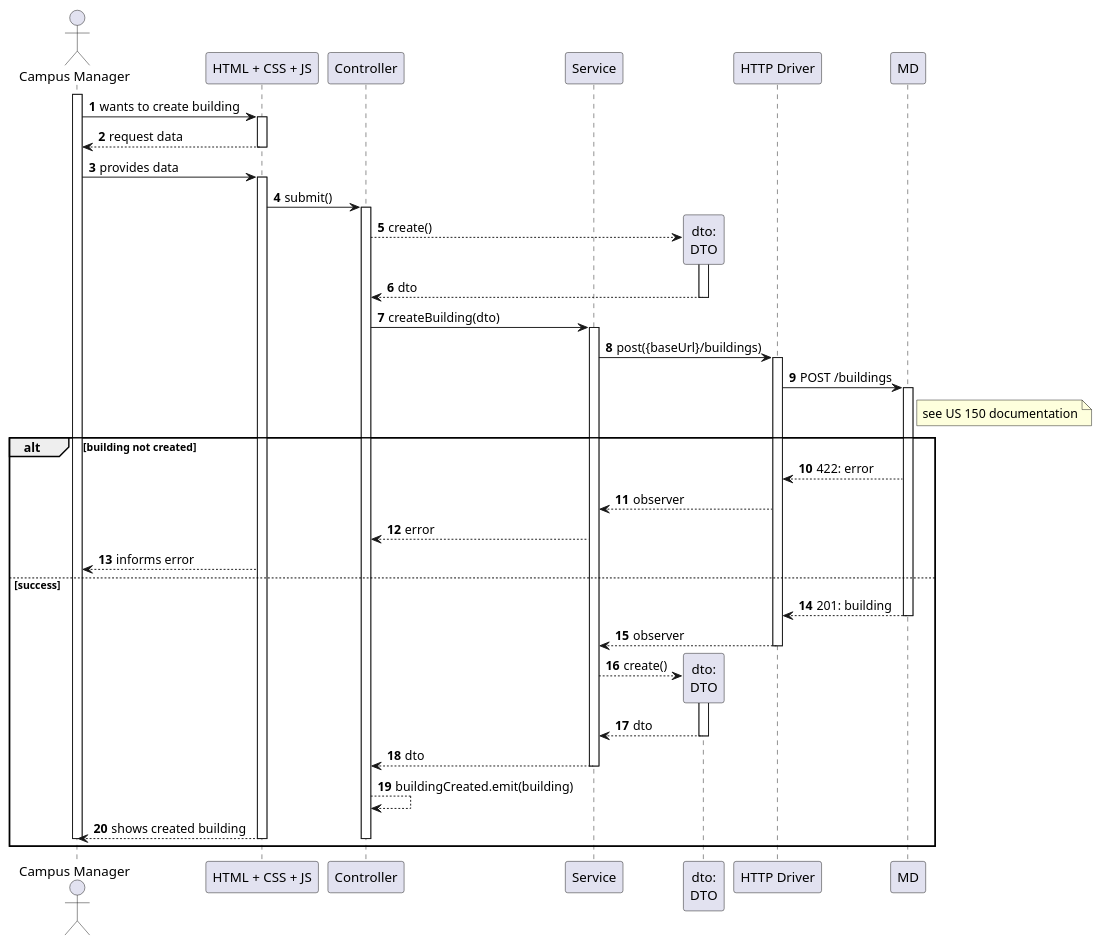
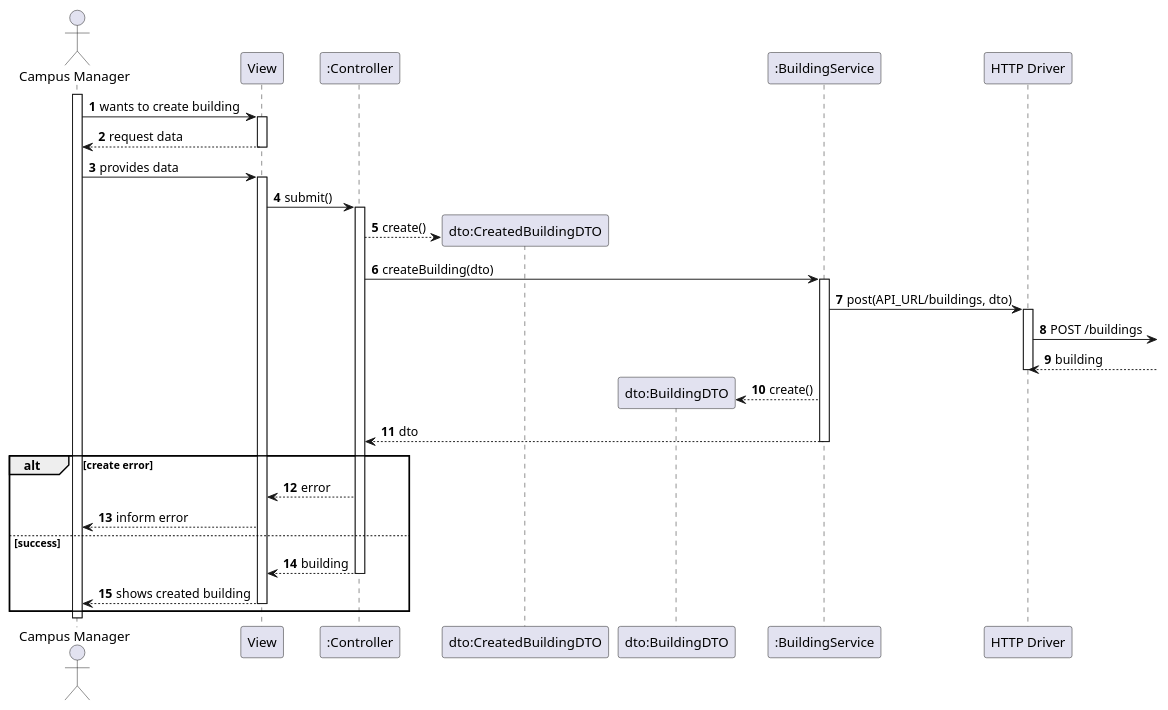
One commit to Departamento-de-Engenharia-Informatica/lapr5-23-24-g19 changed the diagram in docs/us1050/level3/process-view.puml. Above: the diagram before and after it, drawn with PlantUML. The commit also changed 6 other files, not shown here.

Commit message:
docs(us1050): update create building documentation

```diff
--- a/docs/us1050/level3/process-view.puml
+++ b/docs/us1050/level3/process-view.puml
@@ -1,58 +1,53 @@
 @startuml
 autonumber
 
 actor "Campus Manager" as usr
 
-participant "HTML + CSS + JS" as view
-participant "Controller" as ctrl
-participant "Service" as svc
-participant "dto:\nDTO" as dto
+participant "View" as view
+participant ":Controller" as ctrl
+
+participant "dto:CreatedBuildingDTO" as c_dto
+participant "dto:BuildingDTO" as b_dto
+
+participant ":BuildingService" as svc
 
 participant "HTTP Driver" as http
-
-participant "MD" as md
 
 activate usr
     usr -> view : wants to create building
     activate view
         view --> usr : request data
     deactivate view
 
     usr -> view : provides data
     activate view
         view -> ctrl : submit()
         activate ctrl
-            ctrl --> dto** : create()
-            activate dto
-                dto --> ctrl : dto
-            deactivate dto
+            ctrl --> c_dto** : create()
+
             ctrl -> svc : createBuilding(dto)
             activate svc
-                svc -> http : post({baseUrl}/buildings)
+                svc -> http : post(API_URL/buildings, dto)
                 activate http
-                http -> md : POST /buildings
-                    activate md
-                        note right of md : see US 150 documentation
-alt building not created
-                        md --> http : 422: error
-                        http --> svc : observer
-                        svc --> ctrl : error
-                        view --> usr : informs error
-else success
-                        md --> http : 201: building
-                    deactivate md
-                    http --> svc : observer
+
+                    http ->] : POST /buildings
+                    http <--] : building
                 deactivate http
-                svc --> dto** : create()
-                activate dto
-                    dto --> svc : dto
-                deactivate dto
+
+                svc --> b_dto** : create()
                 svc --> ctrl : dto
             deactivate svc
-            ctrl --> ctrl : buildingCreated.emit(building)
-            view --> usr : shows created building
+alt create error
+
+            ctrl --> view : error
+            view --> usr : inform error
+else success
+            ctrl --> view : building
         deactivate ctrl
+
+        view --> usr : shows created building
     deactivate view
+end
+
 deactivate usr
-end
 @enduml
```
